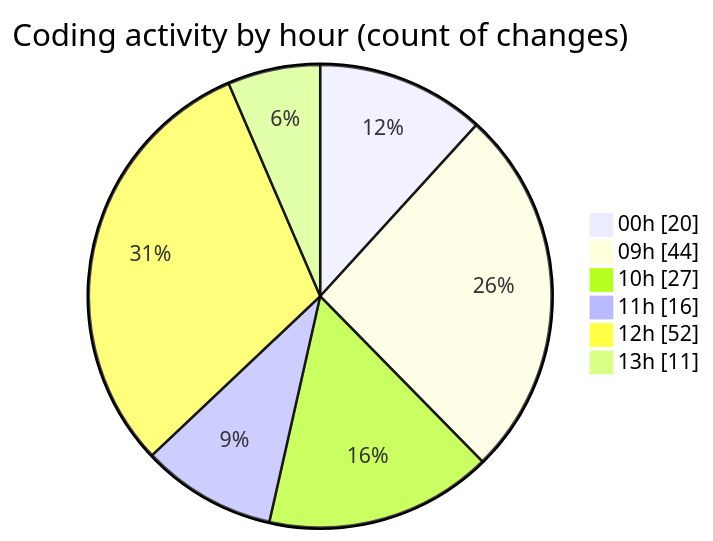
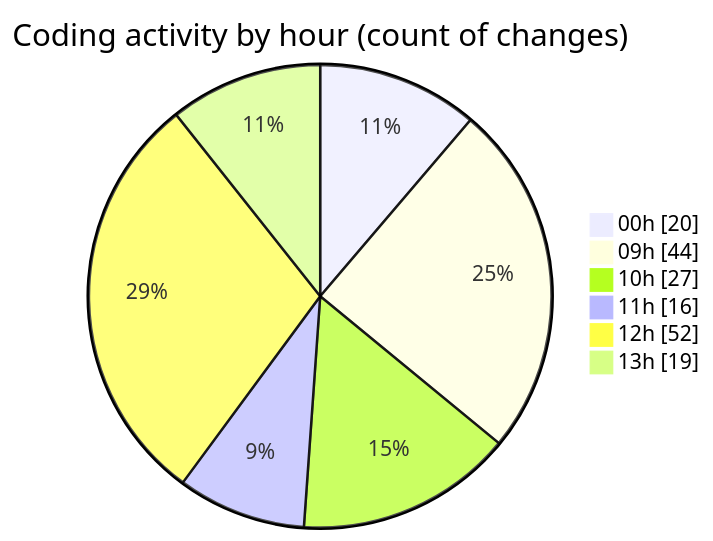
Before and after one commit to momahboobian/code-tracking: the second of 2 diagrams in 2025-03-19/cda/README.md, drawn with Mermaid. The commit also changed other lines of this file and 1 other file, not shown here.

````diff
--- a/2025-03-19/cda/README.md
+++ b/2025-03-19/cda/README.md
@@ -32,10 +32,10 @@
 ```mermaid
 pie showData
 title Coding activity by hour (count of changes)
 "00h" : 20
 "09h" : 44
 "10h" : 27
 "11h" : 16
 "12h" : 52
-"13h" : 11
+"13h" : 19
 ```
````
